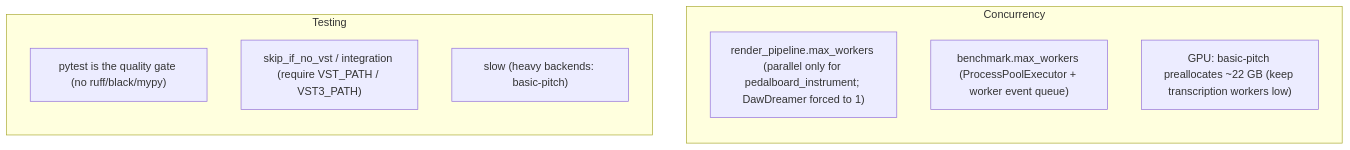
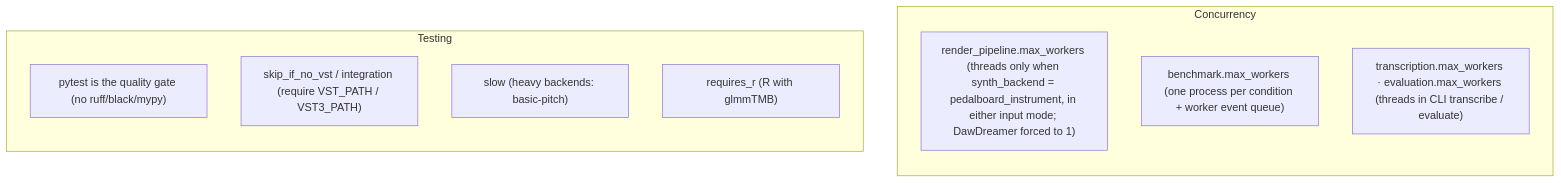
Before and after one commit to dadmaan/sonitra: the tenth of 10 diagrams in ARCHITECTURE.md, drawn with Mermaid. The commit also changed other lines of this file, not shown here.

Commit message:
docs: Update ARCHITECTURE

````diff
--- a/ARCHITECTURE.md
+++ b/ARCHITECTURE.md
@@ -235,16 +260,17 @@
 ```mermaid
 flowchart TB
     subgraph conc["Concurrency"]
         direction TB
-        p1["render_pipeline.max_workers (parallel only for pedalboard_instrument; DawDreamer forced to 1)"]
-        p2["benchmark.max_workers (ProcessPoolExecutor + worker event queue)"]
-        p3["GPU: basic-pitch preallocates ~22 GB (keep transcription workers low)"]
+        p1["render_pipeline.max_workers (threads only when synth_backend = pedalboard_instrument, in either input mode; DawDreamer forced to 1)"]
+        p2["benchmark.max_workers (one process per condition + worker event queue)"]
+        p3["transcription.max_workers · evaluation.max_workers (threads in CLI transcribe / evaluate)"]
     end
 
     subgraph test["Testing"]
         direction TB
         gate["pytest is the quality gate (no ruff/black/mypy)"]
         m1["skip_if_no_vst / integration (require VST_PATH / VST3_PATH)"]
         m2["slow (heavy backends: basic-pitch)"]
+        m3["requires_r (R with glmmTMB)"]
     end
 ```
````
